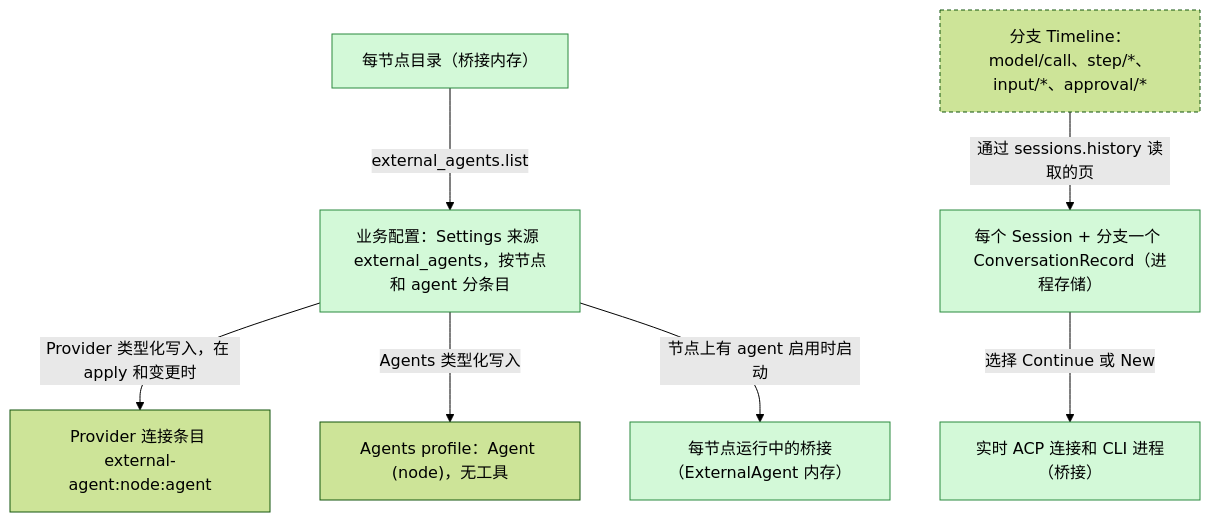
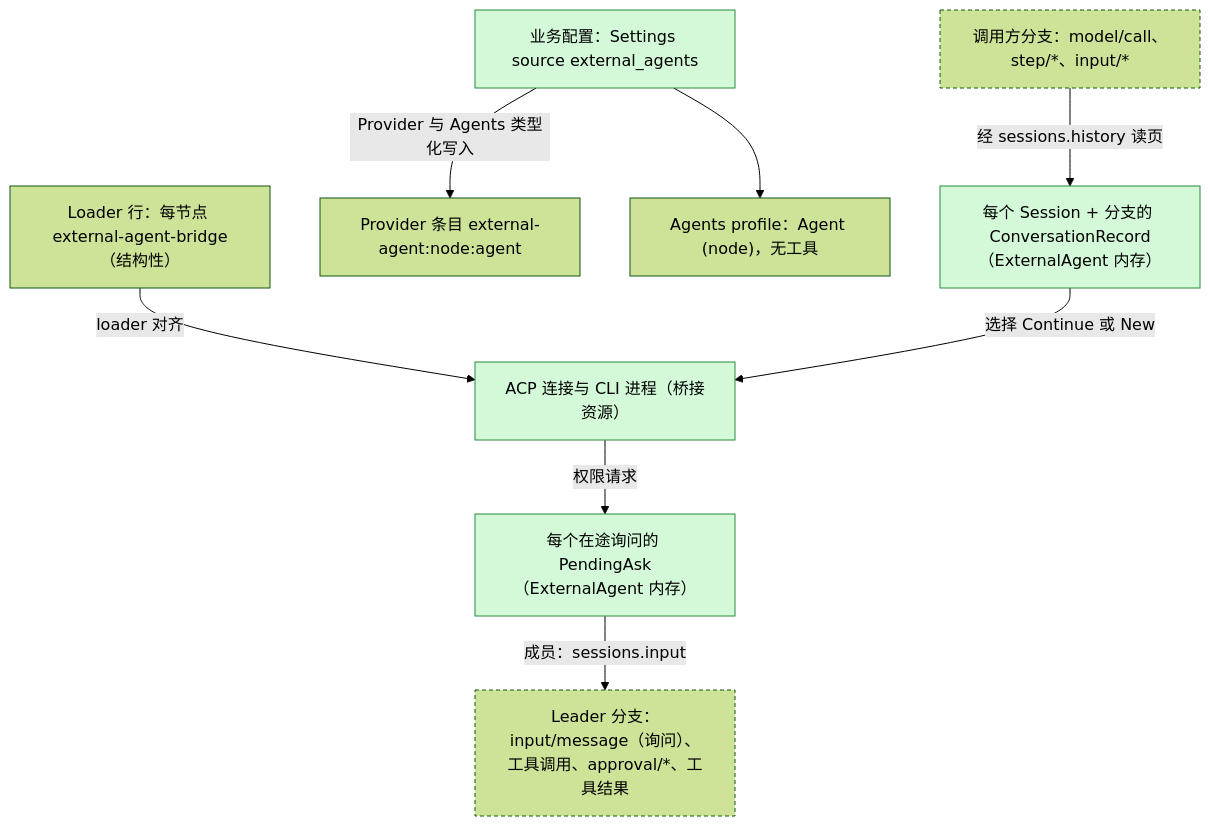
One commit to CoutinhoTTS/dim-agent changed the second of 5 diagrams in docs/zh/design/plugins/ExternalAgent.md. Above: the diagram before and after it, drawn with Mermaid (forest theme). The commit also changed other lines of this file and 4 other files, not shown here.

Commit message:
docs: ExternalAgent redesign zh mirror, overview and index updates (refs #145)

````diff
--- a/docs/zh/design/plugins/ExternalAgent.md
+++ b/docs/zh/design/plugins/ExternalAgent.md
@@ -56,19 +105,21 @@
 ```mermaid
 flowchart TB
   classDef new fill:#d3f9d8,stroke:#2b8a3e,color:#000
   classDef contract stroke-dasharray:4 3
-  Cfg["业务配置：Settings 来源 external_agents，按节点和 agent 分条目"]:::new
-  Br["每节点运行中的桥接（ExternalAgent 内存）"]:::new
-  Conn["Provider 连接条目 external-agent:node:agent"]
+  Cfg["业务配置：Settings source external_agents"]:::new
+  Rows["Loader 行：每节点 external-agent-bridge（结构性）"]
+  Conn["Provider 条目 external-agent:node:agent"]
   Prof["Agents profile：Agent (node)，无工具"]
-  Rec["每个 Session + 分支一个 ConversationRecord（进程存储）"]:::new
-  Cat["每节点目录（桥接内存）"]:::new
-  Live["实时 ACP 连接和 CLI 进程（桥接）"]:::new
-  TL["分支 Timeline：model/call、step/*、input/*、approval/*"]:::contract
-  Cfg -->|"Provider 类型化写入，在 apply 和变更时"| Conn
-  Cfg -->|"Agents 类型化写入"| Prof
-  Cfg -->|"节点上有 agent 启用时启动"| Br
-  TL -->|"通过 sessions.history 读取的页"| Rec
+  Rec["每个 Session + 分支的 ConversationRecord（ExternalAgent 内存）"]:::new
+  Ask["每个在途询问的 PendingAsk（ExternalAgent 内存）"]:::new
+  Live["ACP 连接与 CLI 进程（桥接资源）"]:::new
+  TL["调用方分支：model/call、step/*、input/*"]:::contract
+  LTL["Leader 分支：input/message（询问）、工具调用、approval/*、工具结果"]:::contract
+  Cfg -->|"Provider 与 Agents 类型化写入"| Conn
+  Cfg --> Prof
+  Rows -->|"loader 对齐"| Live
+  TL -->|"经 sessions.history 读页"| Rec
   Rec -->|"选择 Continue 或 New"| Live
-  Cat -->|"external_agents.list"| Cfg
+  Live -->|"权限请求"| Ask
+  Ask -->|"成员：sessions.input"| LTL
 ```
````
